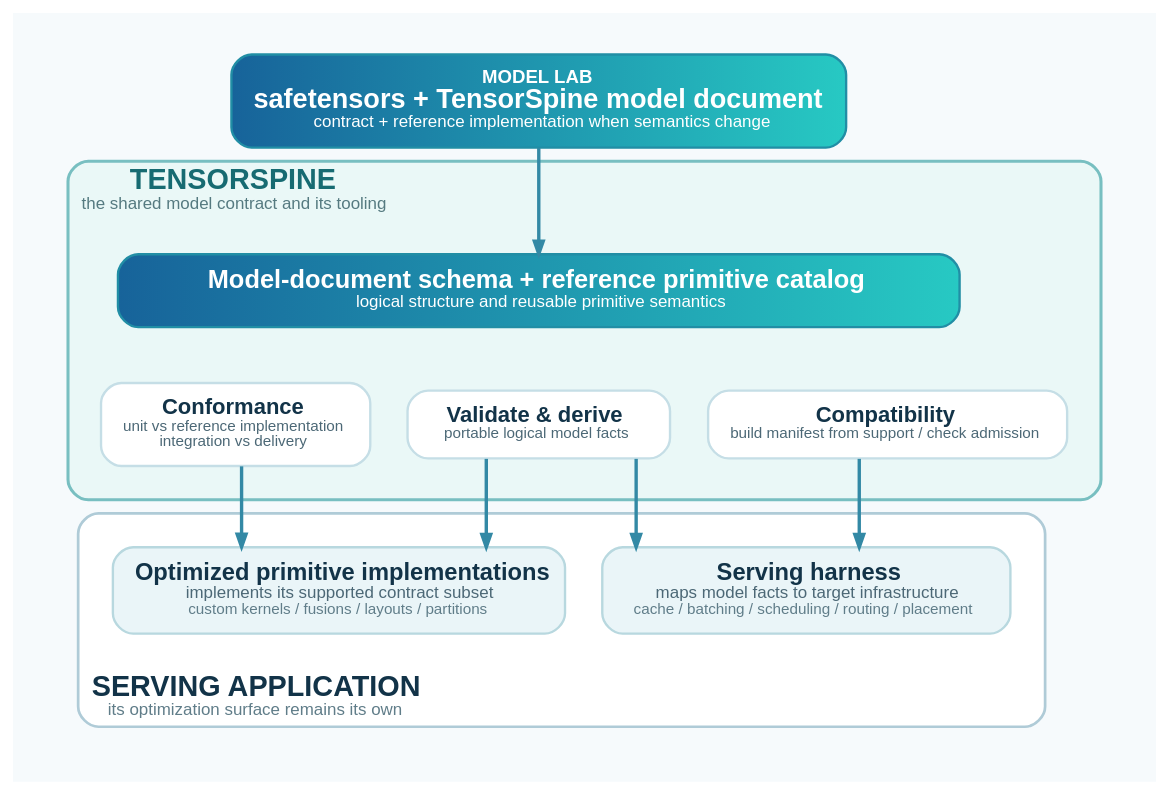
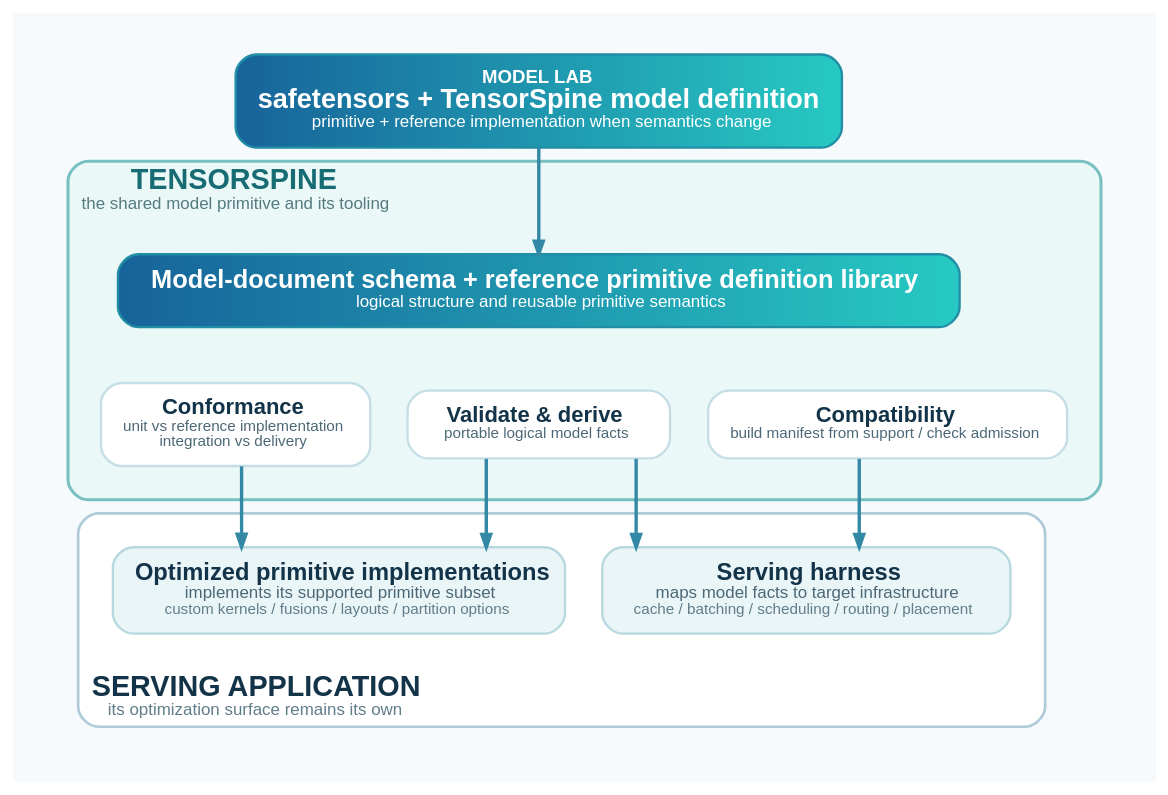
Before and after one commit to maneex/tensorspine: the diagram in docs/serving-with-tensorspine.dot, drawn with Graphviz. The commit also changed 25 other files, not shown here.

```diff
--- a/docs/serving-with-tensorspine.dot
+++ b/docs/serving-with-tensorspine.dot
@@ -1,126 +1,126 @@
 // Render with: dot -Tsvg docs/serving-with-tensorspine.dot -o docs/serving-with-tensorspine.svg
 digraph serving_with_tensorspine {
   graph [
     rankdir=TB,
     bgcolor="#F6FAFC",
     pad="0.34",
     nodesep="0.30",
     ranksep="0.46",
     splines=ortho,
     compound=true,
     fontname="Arial"
   ];
 
   node [
     shape=box,
     style="rounded,filled",
     fontname="Arial",
     color="#BFD3DE",
     fillcolor="#FFFFFF",
     fontcolor="#123348",
     penwidth=1.4,
     margin="0.18,0.13"
   ];
   edge [
     color="#3389A5",
     fontname="Arial",
     fontcolor="#557583",
     fontsize=10,
     penwidth=2.0,
     arrowsize=0.75
   ];
 
   lab [
     color="#218EA5",
     fillcolor="#17639A:#27C9C3",
     gradientangle=0,
     fontcolor="#FFFFFF",
-    label=<<FONT POINT-SIZE="11"><B>MODEL LAB</B></FONT><BR/><FONT POINT-SIZE="16"><B>safetensors + TensorSpine model document</B></FONT><BR/><FONT POINT-SIZE="10">contract + reference implementation when semantics change</FONT>>
+    label=<<FONT POINT-SIZE="11"><B>MODEL LAB</B></FONT><BR/><FONT POINT-SIZE="16"><B>safetensors + TensorSpine model definition</B></FONT><BR/><FONT POINT-SIZE="10">primitive + reference implementation when semantics change</FONT>>
   ];
 
   subgraph cluster_tensorspine {
     graph [
       style="rounded,filled",
       color="#78BFC1",
       fillcolor="#EAF8F7",
       penwidth=1.8,
       margin=20,
       labeljust=l,
       labelloc=t,
-      label=<<FONT COLOR="#176B72" POINT-SIZE="17"><B>TENSORSPINE</B></FONT><BR/><FONT COLOR="#557A80" POINT-SIZE="10">the shared model contract and its tooling</FONT>>
+      label=<<FONT COLOR="#176B72" POINT-SIZE="17"><B>TENSORSPINE</B></FONT><BR/><FONT COLOR="#557A80" POINT-SIZE="10">the shared model primitive and its tooling</FONT>>
     ];
 
     foundation [
       width=6.9,
       color="#218EA5",
       fillcolor="#17639A:#27C9C3",
       gradientangle=0,
       fontcolor="#FFFFFF",
-      label=<<FONT POINT-SIZE="15"><B>Model-document schema + reference primitive catalog</B></FONT><BR/><FONT POINT-SIZE="10">logical structure and reusable primitive semantics</FONT>>
+      label=<<FONT POINT-SIZE="15"><B>Model-document schema + reference primitive definition library</B></FONT><BR/><FONT POINT-SIZE="10">logical structure and reusable primitive semantics</FONT>>
     ];
 
     derive [
       width=2.15,
       color="#C5DEE6",
       fillcolor="#FFFFFF",
       label=<<FONT POINT-SIZE="13"><B>Validate &amp; derive</B></FONT><BR/><FONT COLOR="#4C6876" POINT-SIZE="9">portable logical model facts</FONT>>
     ];
 
     admission [
       width=2.15,
       color="#C5DEE6",
       fillcolor="#FFFFFF",
       label=<<FONT POINT-SIZE="13"><B>Compatibility</B></FONT><BR/><FONT COLOR="#4C6876" POINT-SIZE="9">build manifest from support / check admission</FONT>>
     ];
 
     conformance [
       width=2.15,
       color="#C5DEE6",
       fillcolor="#FFFFFF",
       label=<<FONT POINT-SIZE="13"><B>Conformance</B></FONT><BR/><FONT COLOR="#4C6876" POINT-SIZE="9">unit vs reference implementation<BR/>integration vs delivery</FONT>>
     ];
 
     { rank=same; conformance; derive; admission; }
     conformance -> derive [style=invis, weight=20];
     derive -> admission [style=invis, weight=20];
     foundation -> conformance [style=invis, weight=2];
     foundation -> derive [style=invis, weight=2];
     foundation -> admission [style=invis, weight=2];
   }
 
   subgraph cluster_application {
     graph [
       style="rounded,filled",
       color="#AFCBD7",
       fillcolor="#FFFFFF",
       penwidth=1.6,
       margin=20,
       labeljust=l,
       labelloc=b,
       label=<<FONT COLOR="#123348" POINT-SIZE="17"><B>SERVING APPLICATION</B></FONT><BR/><FONT COLOR="#607D89" POINT-SIZE="10">its optimization surface remains its own</FONT>>
     ];
 
     implementations [
       width=3.35,
       color="#B8D8DF",
       fillcolor="#EAF5F8",
-      label=<<FONT POINT-SIZE="14"><B>Optimized primitive implementations</B></FONT><BR/><FONT COLOR="#4C6876" POINT-SIZE="10">implements its supported contract subset</FONT><BR/><FONT COLOR="#607D89" POINT-SIZE="9">custom kernels / fusions / layouts / partitions</FONT>>
+      label=<<FONT POINT-SIZE="14"><B>Optimized primitive implementations</B></FONT><BR/><FONT COLOR="#4C6876" POINT-SIZE="10">implements its supported primitive subset</FONT><BR/><FONT COLOR="#607D89" POINT-SIZE="9">custom kernels / fusions / layouts / partition options</FONT>>
     ];
 
     harness [
       width=3.35,
       color="#B8D8DF",
       fillcolor="#EAF5F8",
       label=<<FONT POINT-SIZE="14"><B>Serving harness</B></FONT><BR/><FONT COLOR="#4C6876" POINT-SIZE="10">maps model facts to target infrastructure</FONT><BR/><FONT COLOR="#607D89" POINT-SIZE="9">cache / batching / scheduling / routing / placement</FONT>>
     ];
 
     { rank=same; implementations; harness; }
     implementations -> harness [style=invis, weight=20];
   }
 
   lab -> foundation;
   conformance -> implementations;
   derive -> implementations;
   derive -> harness;
   admission -> harness;
 }
```
